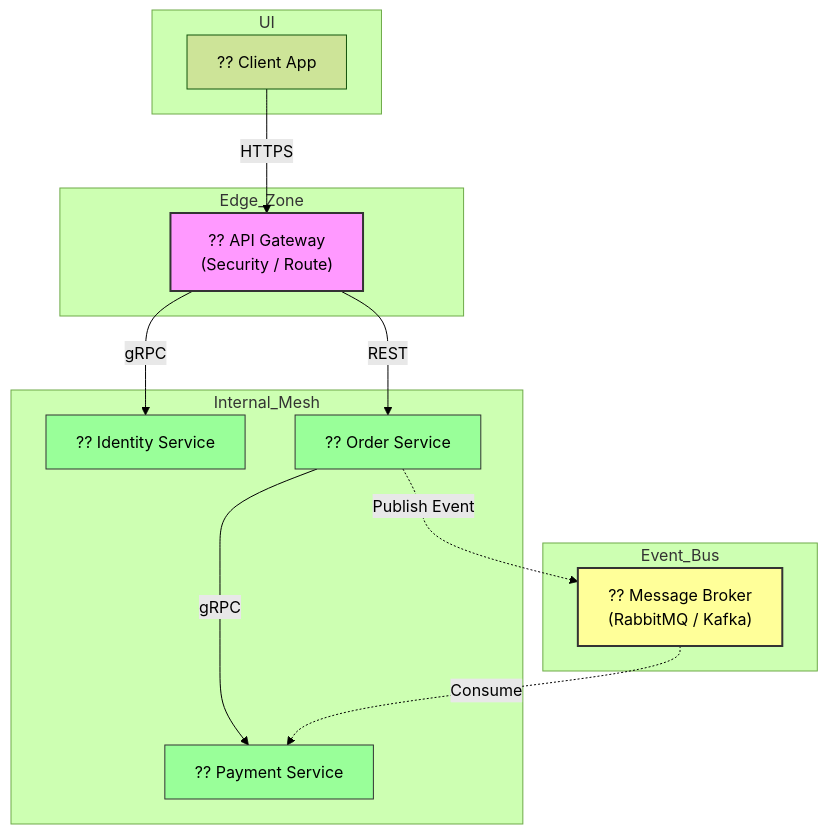
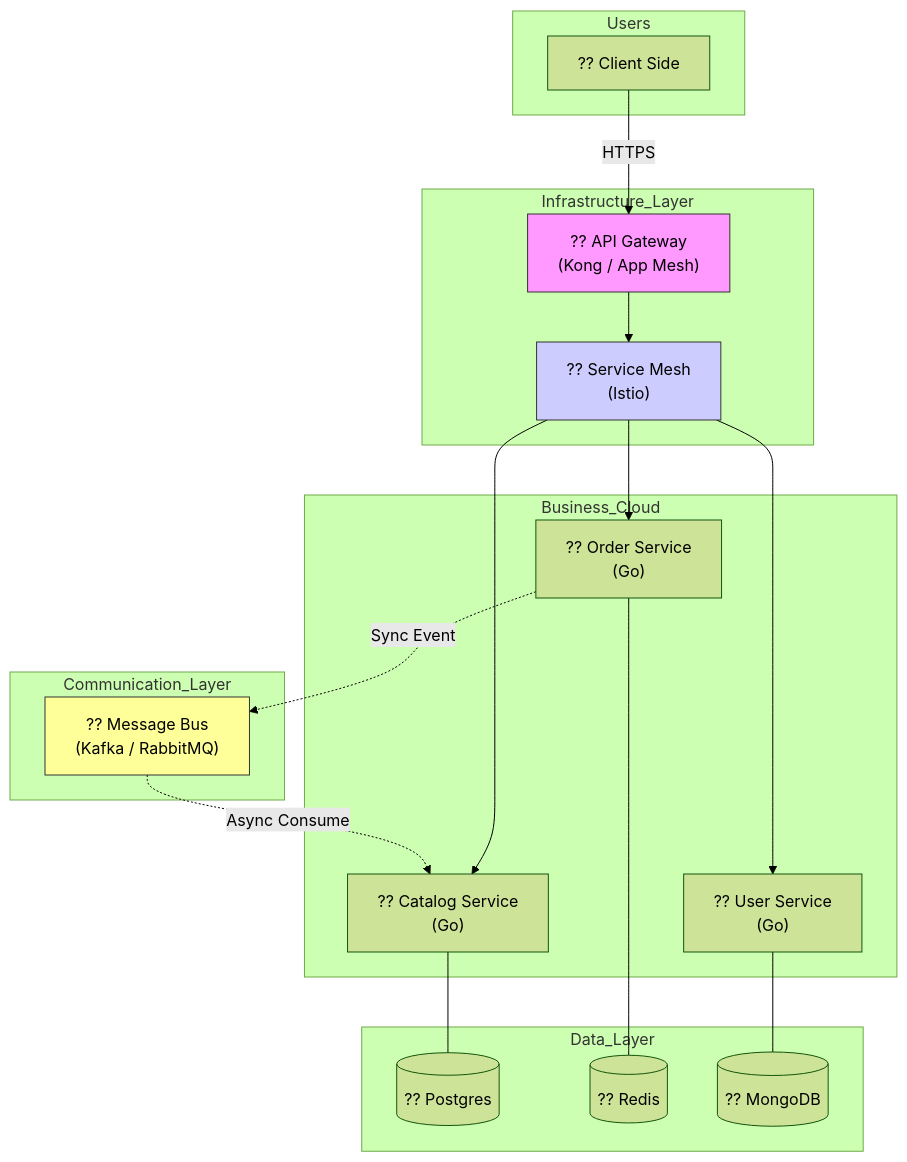
Before and after one commit to arch-yunus/microservices-101: the diagram in README.md, drawn with Mermaid (forest theme). The commit also changed other lines of this file, not shown here.

Commit message:
docs: expand README to encyclopedic proportions covering advanced patterns and 12-factor app

````diff
--- a/README.md
+++ b/README.md
@@ -64,33 +106,44 @@
 ```mermaid
 graph TD
-    subgraph UI
-        Client["?? Client App"]
+    subgraph Users
+        Client["?? Client Side"]
     end
-    
-    subgraph Edge_Zone
-        Gateway["?? API Gateway <br/>(Security / Route)"]
+
+    subgraph Infrastructure_Layer
+        Gateway["?? API Gateway <br/>(Kong / App Mesh)"]
+        Mesh["?? Service Mesh <br/>(Istio)"]
     end
-    
-    subgraph Internal_Mesh
-        Auth["?? Identity Service"]
-        Order["?? Order Service"]
-        Payment["?? Payment Service"]
+
+    subgraph Business_Cloud
+        Catalog["?? Catalog Service <br/>(Go)"]
+        Order["?? Order Service <br/>(Go)"]
+        User["?? User Service <br/>(Go)"]
     end
-    
-    subgraph Event_Bus
-        Broker["?? Message Broker <br/>(RabbitMQ / Kafka)"]
+
+    subgraph Data_Layer
+        DB1[("?? Postgres")]
+        DB2[("?? Redis")]
+        DB3[("?? MongoDB")]
+    end
+
+    subgraph Communication_Layer
+        Bus["?? Message Bus <br/>(Kafka / RabbitMQ)"]
     end
 
     Client -->|HTTPS| Gateway
-    Gateway -->|gRPC| Auth
-    Gateway -->|REST| Order
-    Order -->|gRPC| Payment
-    Order -.->|Publish Event| Broker
-    Broker -.->|Consume| Payment
+    Gateway --> Mesh
+    Mesh --> Catalog
+    Mesh --> Order
+    Mesh --> User
+
+    Catalog --- DB1
+    Order --- DB2
+    User --- DB3
+
+    Order -.->|Sync Event| Bus
+    Bus -.->|Async Consume| Catalog
     
-    style Gateway fill:#f9f,stroke:#333,stroke-width:2px
-    style Broker fill:#ff9,stroke:#333,stroke-width:2px
-    style Auth fill:#9f9,stroke:#333
-    style Order fill:#9f9,stroke:#333
-    style Payment fill:#9f9,stroke:#333
+    style Gateway fill:#f9f,stroke:#333
+    style Mesh fill:#ccf,stroke:#333
+    style Bus fill:#ff9,stroke:#333
 ```
````
